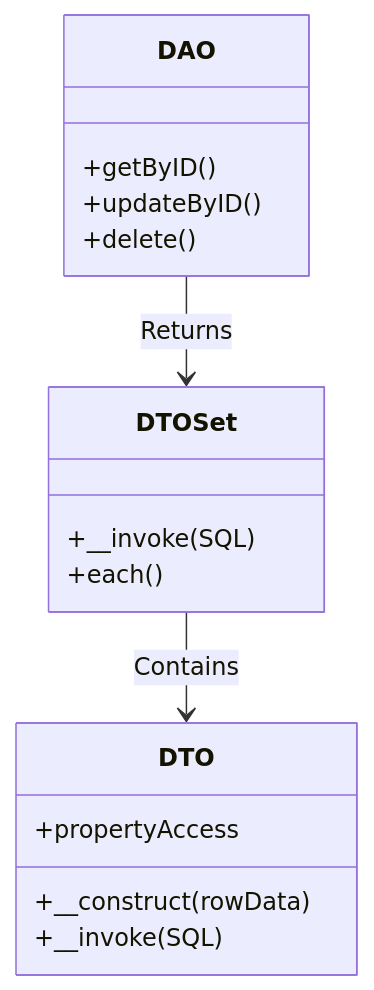
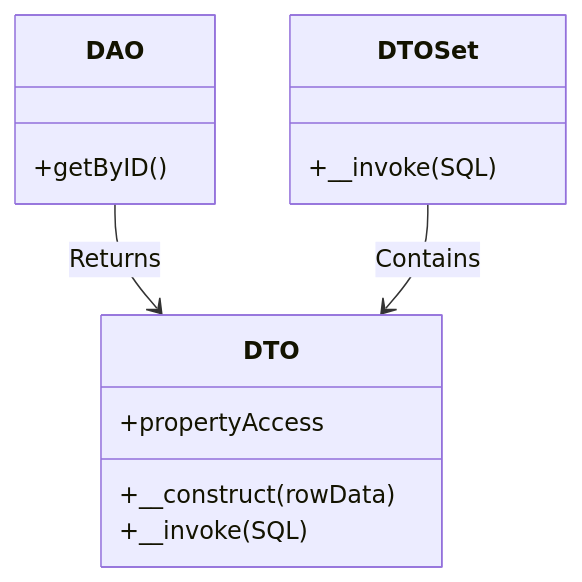
Before and after one commit to bravedave/dvc: the diagram in src/bravedave/dvc/views/docs/database.md, drawn with Mermaid. The commit also changed other lines of this file and 40 other files, not shown here.

````diff
--- a/src/bravedave/dvc/views/docs/database.md
+++ b/src/bravedave/dvc/views/docs/database.md
@@ -131,19 +131,16 @@
-<pre class="mermaid">
+```mermaid
 classDiagram
   class DAO {
     +getByID()
-    +updateByID()
-    +delete()
   }
   class DTO {
     +__construct(rowData)
     +__invoke(SQL)
     +propertyAccess
   }
   class DTOSet {
     +__invoke(SQL)
-    +each()
   }
-  DAO --> DTOSet: Returns
+  DAO --> DTO: Returns
   DTOSet --> DTO: Contains
-</pre>
+```
````
